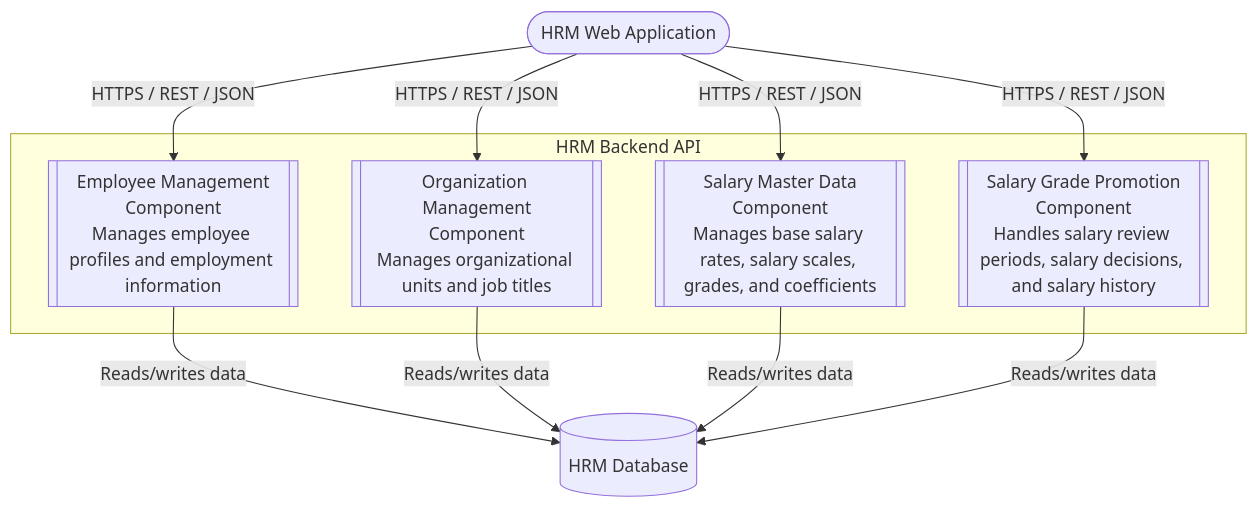
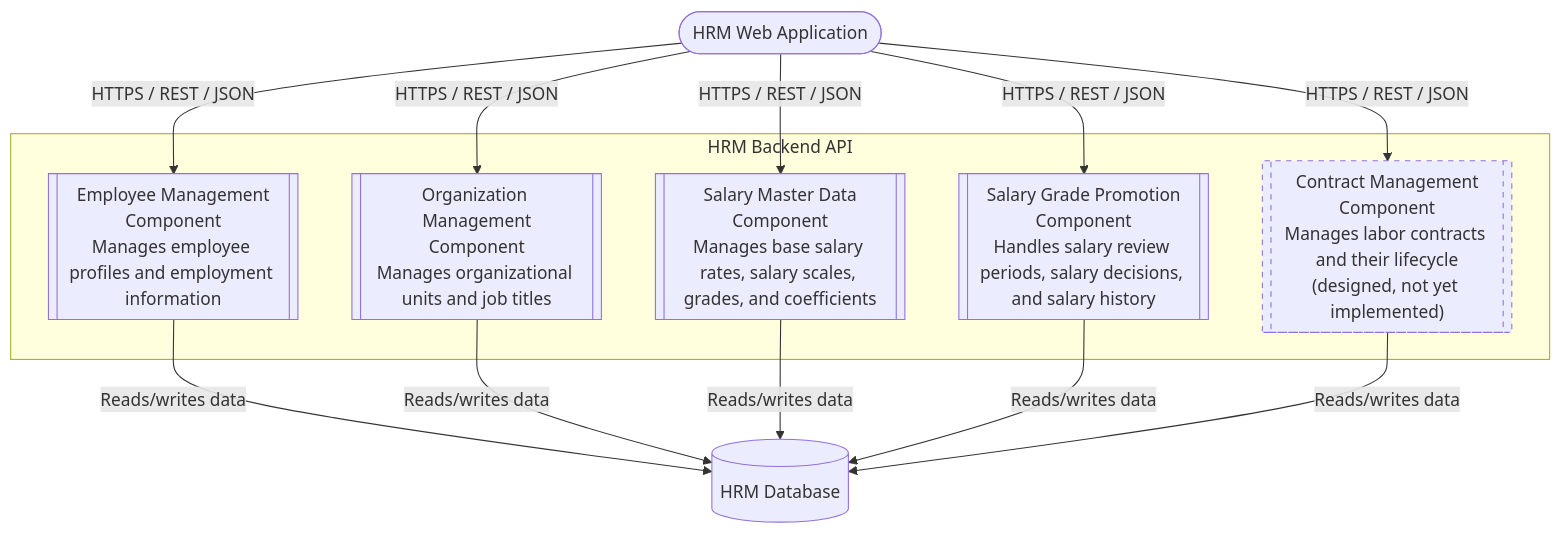
One commit to sang2197/QuanLyNhanSu-NguyenVanSang changed the third of 3 diagrams in Docs/c4/README.md. Above: the diagram before and after it, drawn with Mermaid. The commit also changed other lines of this file and 11 other files, not shown here.

````diff
--- a/Docs/c4/README.md
+++ b/Docs/c4/README.md
@@ -108,23 +110,28 @@
 ```mermaid
 flowchart TB
     WEB([HRM Web Application])
 
     subgraph API["HRM Backend API"]
         EMP[["Employee Management<br/>Component<br/>Manages employee profiles and employment information"]]
         ORG[["Organization Management<br/>Component<br/>Manages organizational units and job titles"]]
         SAL[["Salary Master Data<br/>Component<br/>Manages base salary rates, salary scales, grades, and coefficients"]]
         SGP[["Salary Grade Promotion<br/>Component<br/>Handles salary review periods, salary decisions, and salary history"]]
+        CON[["Contract Management<br/>Component<br/>Manages labor contracts and their lifecycle<br/>(designed, not yet implemented)"]]
     end
 
     DB[("HRM Database")]
 
     WEB -->|HTTPS / REST / JSON| EMP
     WEB -->|HTTPS / REST / JSON| ORG
     WEB -->|HTTPS / REST / JSON| SAL
     WEB -->|HTTPS / REST / JSON| SGP
+    WEB -->|HTTPS / REST / JSON| CON
 
     EMP -->|Reads/writes data| DB
     ORG -->|Reads/writes data| DB
     SAL -->|Reads/writes data| DB
     SGP -->|Reads/writes data| DB
+    CON -->|Reads/writes data| DB
+
+    style CON stroke-dasharray: 5 5
 ```
````
